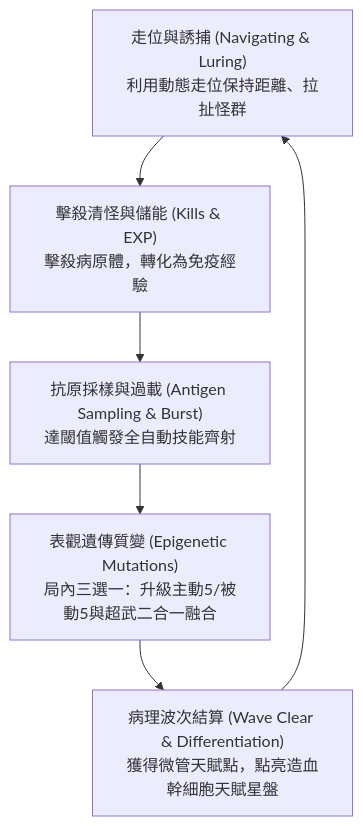
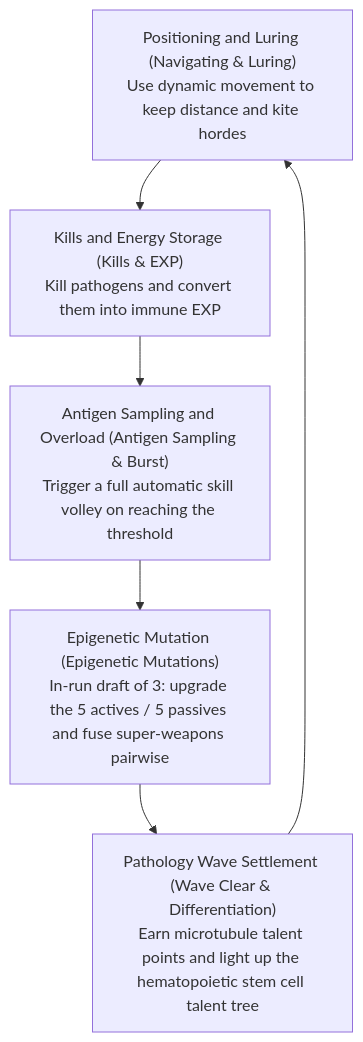
Before and after one commit to skyrocket-qy/Phagocyte: the first of 2 diagrams in docs/spec.md, drawn with Mermaid. The commit also changed other lines of this file and 17 other files, not shown here.

````diff
--- a/docs/spec.md
+++ b/docs/spec.md
@@ -24,8 +24,8 @@
 ```mermaid
 graph TD
-    A["走位與誘捕 (Navigating & Luring)<br>利用動態走位保持距離、拉扯怪群"] --> B["擊殺清怪與儲能 (Kills & EXP)<br>擊殺病原體，轉化為免疫經驗"]
-    B --> C["抗原採樣與過載 (Antigen Sampling & Burst)<br>達閾值觸發全自動技能齊射"]
-    C --> D["表觀遺傳質變 (Epigenetic Mutations)<br>局內三選一：升級主動5/被動5與超武二合一融合"]
-    D --> E["病理波次結算 (Wave Clear & Differentiation)<br>獲得微管天賦點，點亮造血幹細胞天賦星盤"]
+    A["Positioning and Luring (Navigating & Luring)<br>Use dynamic movement to keep distance and kite hordes"] --> B["Kills and Energy Storage (Kills & EXP)<br>Kill pathogens and convert them into immune EXP"]
+    B --> C["Antigen Sampling and Overload (Antigen Sampling & Burst)<br>Trigger a full automatic skill volley on reaching the threshold"]
+    C --> D["Epigenetic Mutation (Epigenetic Mutations)<br>In-run draft of 3: upgrade the 5 actives / 5 passives and fuse super-weapons pairwise"]
+    D --> E["Pathology Wave Settlement (Wave Clear & Differentiation)<br>Earn microtubule talent points and light up the hematopoietic stem cell talent tree"]
     E --> A
 ```
````
